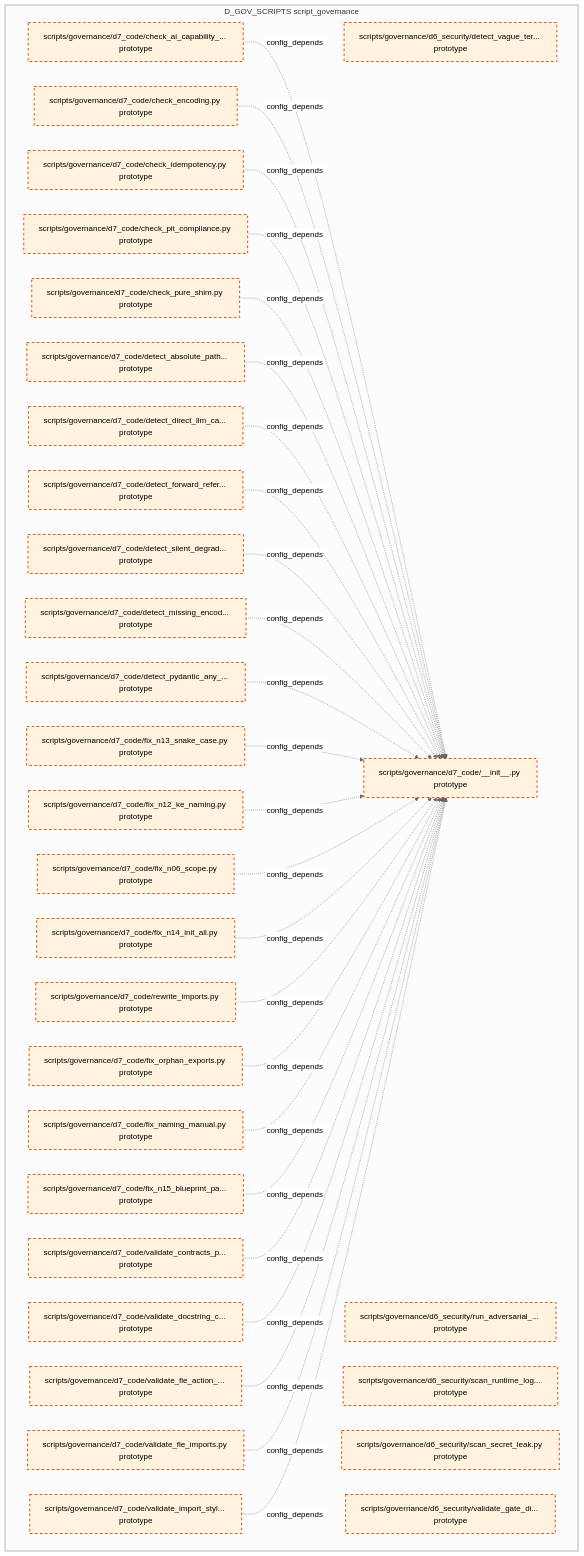
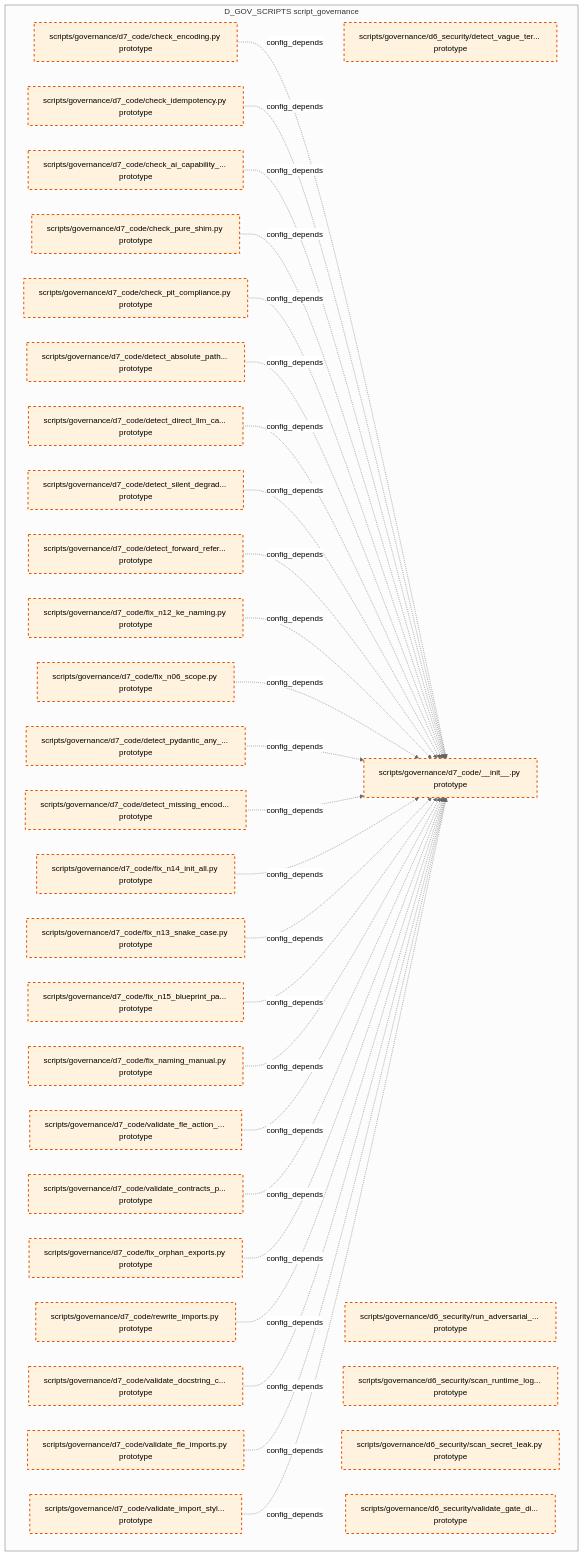
One commit to xuanFelixVan/ZephyrAlpha changed the tenth of 15 diagrams in docs/02_enterprise_architecture/02_domain_architecture_docs/36_d_gov_scripts.md. Above: the diagram before and after it, drawn with Mermaid (neutral theme). The commit also changed other lines of this file and 99 other files, not shown here.

````diff
--- a/docs/02_enterprise_architecture/02_domain_architecture_docs/36_d_gov_scripts.md
+++ b/docs/02_enterprise_architecture/02_domain_architecture_docs/36_d_gov_scripts.md
@@ -695,64 +696,64 @@
 ```mermaid
 graph TD
     subgraph D_GOV_SCRIPTS["D_GOV_SCRIPTS script_governance"]
         scripts_governance_d6_security_detect_vague_terms_py["scripts/governance/d6_security/detect_vague_ter... prototype"]
         scripts_governance_d6_security_run_adversarial_checks_py["scripts/governance/d6_security/run_adversarial_... prototype"]
         scripts_governance_d6_security_scan_runtime_log_secrets_py["scripts/governance/d6_security/scan_runtime_log... prototype"]
         scripts_governance_d6_security_scan_secret_leak_py["scripts/governance/d6_security/scan_secret_leak.py prototype"]
         scripts_governance_d6_security_validate_gate_discipline_py["scripts/governance/d6_security/validate_gate_di... prototype"]
         scripts_governance_d7_code_init_py["scripts/governance/d7_code/__init__.py prototype"]
         scripts_governance_d7_code_check_ai_capability_boundary_py["scripts/governance/d7_code/check_ai_capability_... prototype"]
         scripts_governance_d7_code_check_encoding_py["scripts/governance/d7_code/check_encoding.py prototype"]
         scripts_governance_d7_code_check_idempotency_py["scripts/governance/d7_code/check_idempotency.py prototype"]
         scripts_governance_d7_code_check_pit_compliance_py["scripts/governance/d7_code/check_pit_compliance.py prototype"]
         scripts_governance_d7_code_check_pure_shim_py["scripts/governance/d7_code/check_pure_shim.py prototype"]
         scripts_governance_d7_code_detect_absolute_path_hardcoding_py["scripts/governance/d7_code/detect_absolute_path... prototype"]
         scripts_governance_d7_code_detect_direct_llm_calls_py["scripts/governance/d7_code/detect_direct_llm_ca... prototype"]
         scripts_governance_d7_code_detect_forward_reference_py["scripts/governance/d7_code/detect_forward_refer... prototype"]
         scripts_governance_d7_code_detect_missing_encoding_py["scripts/governance/d7_code/detect_missing_encod... prototype"]
         scripts_governance_d7_code_detect_pydantic_any_fields_py["scripts/governance/d7_code/detect_pydantic_any_... prototype"]
         scripts_governance_d7_code_detect_silent_degradation_py["scripts/governance/d7_code/detect_silent_degrad... prototype"]
         scripts_governance_d7_code_fix_n06_scope_py["scripts/governance/d7_code/fix_n06_scope.py prototype"]
         scripts_governance_d7_code_fix_n12_ke_naming_py["scripts/governance/d7_code/fix_n12_ke_naming.py prototype"]
         scripts_governance_d7_code_fix_n13_snake_case_py["scripts/governance/d7_code/fix_n13_snake_case.py prototype"]
         scripts_governance_d7_code_fix_n14_init_all_py["scripts/governance/d7_code/fix_n14_init_all.py prototype"]
         scripts_governance_d7_code_fix_n15_blueprint_path_py["scripts/governance/d7_code/fix_n15_blueprint_pa... prototype"]
         scripts_governance_d7_code_fix_naming_manual_py["scripts/governance/d7_code/fix_naming_manual.py prototype"]
         scripts_governance_d7_code_fix_orphan_exports_py["scripts/governance/d7_code/fix_orphan_exports.py prototype"]
         scripts_governance_d7_code_rewrite_imports_py["scripts/governance/d7_code/rewrite_imports.py prototype"]
         scripts_governance_d7_code_validate_contracts_purity_py["scripts/governance/d7_code/validate_contracts_p... prototype"]
         scripts_governance_d7_code_validate_docstring_coverage_py["scripts/governance/d7_code/validate_docstring_c... prototype"]
         scripts_governance_d7_code_validate_fle_action_metadata_py["scripts/governance/d7_code/validate_fle_action_... prototype"]
         scripts_governance_d7_code_validate_fle_imports_py["scripts/governance/d7_code/validate_fle_imports.py prototype"]
         scripts_governance_d7_code_validate_import_style_py["scripts/governance/d7_code/validate_import_styl... prototype"]
     end
-    scripts_governance_d7_code_check_ai_capability_boundary_py -.->|config_depends| scripts_governance_d7_code_init_py
     scripts_governance_d7_code_check_encoding_py -.->|config_depends| scripts_governance_d7_code_init_py
     scripts_governance_d7_code_check_idempotency_py -.->|config_depends| scripts_governance_d7_code_init_py
+    scripts_governance_d7_code_check_ai_capability_boundary_py -.->|config_depends| scripts_governance_d7_code_init_py
+    scripts_governance_d7_code_check_pure_shim_py -.->|config_depends| scripts_governance_d7_code_init_py
     scripts_governance_d7_code_check_pit_compliance_py -.->|config_depends| scripts_governance_d7_code_init_py
-    scripts_governance_d7_code_check_pure_shim_py -.->|config_depends| scripts_governance_d7_code_init_py
     scripts_governance_d7_code_detect_absolute_path_hardcoding_py -.->|config_depends| scripts_governance_d7_code_init_py
     scripts_governance_d7_code_detect_direct_llm_calls_py -.->|config_depends| scripts_governance_d7_code_init_py
+    scripts_governance_d7_code_detect_silent_degradation_py -.->|config_depends| scripts_governance_d7_code_init_py
     scripts_governance_d7_code_detect_forward_reference_py -.->|config_depends| scripts_governance_d7_code_init_py
-    scripts_governance_d7_code_detect_silent_degradation_py -.->|config_depends| scripts_governance_d7_code_init_py
-    scripts_governance_d7_code_detect_missing_encoding_py -.->|config_depends| scripts_governance_d7_code_init_py
-    scripts_governance_d7_code_detect_pydantic_any_fields_py -.->|config_depends| scripts_governance_d7_code_init_py
-    scripts_governance_d7_code_fix_n13_snake_case_py -.->|config_depends| scripts_governance_d7_code_init_py
     scripts_governance_d7_code_fix_n12_ke_naming_py -.->|config_depends| scripts_governance_d7_code_init_py
     scripts_governance_d7_code_fix_n06_scope_py -.->|config_depends| scripts_governance_d7_code_init_py
+    scripts_governance_d7_code_detect_pydantic_any_fields_py -.->|config_depends| scripts_governance_d7_code_init_py
+    scripts_governance_d7_code_detect_missing_encoding_py -.->|config_depends| scripts_governance_d7_code_init_py
     scripts_governance_d7_code_fix_n14_init_all_py -.->|config_depends| scripts_governance_d7_code_init_py
+    scripts_governance_d7_code_fix_n13_snake_case_py -.->|config_depends| scripts_governance_d7_code_init_py
+    scripts_governance_d7_code_fix_n15_blueprint_path_py -.->|config_depends| scripts_governance_d7_code_init_py
+    scripts_governance_d7_code_fix_naming_manual_py -.->|config_depends| scripts_governance_d7_code_init_py
+    scripts_governance_d7_code_validate_fle_action_metadata_py -.->|config_depends| scripts_governance_d7_code_init_py
+    scripts_governance_d7_code_validate_contracts_purity_py -.->|config_depends| scripts_governance_d7_code_init_py
+    scripts_governance_d7_code_fix_orphan_exports_py -.->|config_depends| scripts_governance_d7_code_init_py
     scripts_governance_d7_code_rewrite_imports_py -.->|config_depends| scripts_governance_d7_code_init_py
-    scripts_governance_d7_code_fix_orphan_exports_py -.->|config_depends| scripts_governance_d7_code_init_py
-    scripts_governance_d7_code_fix_naming_manual_py -.->|config_depends| scripts_governance_d7_code_init_py
-    scripts_governance_d7_code_fix_n15_blueprint_path_py -.->|config_depends| scripts_governance_d7_code_init_py
-    scripts_governance_d7_code_validate_contracts_purity_py -.->|config_depends| scripts_governance_d7_code_init_py
     scripts_governance_d7_code_validate_docstring_coverage_py -.->|config_depends| scripts_governance_d7_code_init_py
-    scripts_governance_d7_code_validate_fle_action_metadata_py -.->|config_depends| scripts_governance_d7_code_init_py
     scripts_governance_d7_code_validate_fle_imports_py -.->|config_depends| scripts_governance_d7_code_init_py
     scripts_governance_d7_code_validate_import_style_py -.->|config_depends| scripts_governance_d7_code_init_py
     classDef production fill:#e1f5fe,stroke:#01579b,stroke-width:2px,color:#000
     classDef design fill:#fff3e0,stroke:#e65100,stroke-width:2px,color:#000,stroke-dasharray: 5 5
     classDef external_prod fill:#e8f5e9,stroke:#1b5e20,stroke-width:1px,color:#000
     classDef external_design fill:#fce4ec,stroke:#880e4f,stroke-width:1px,color:#000,stroke-dasharray: 5 5
     class scripts_governance_d6_security_detect_vague_terms_py,scripts_governance_d6_security_run_adversarial_checks_py,scripts_governance_d6_security_scan_runtime_log_secrets_py,scripts_governance_d6_security_scan_secret_leak_py,scripts_governance_d6_security_validate_gate_discipline_py,scripts_governance_d7_code_init_py,scripts_governance_d7_code_check_ai_capability_boundary_py,scripts_governance_d7_code_check_encoding_py,scripts_governance_d7_code_check_idempotency_py,scripts_governance_d7_code_check_pit_compliance_py,scripts_governance_d7_code_check_pure_shim_py,scripts_governance_d7_code_detect_absolute_path_hardcoding_py,scripts_governance_d7_code_detect_direct_llm_calls_py,scripts_governance_d7_code_detect_forward_reference_py,scripts_governance_d7_code_detect_missing_encoding_py,scripts_governance_d7_code_detect_pydantic_any_fields_py,scripts_governance_d7_code_detect_silent_degradation_py,scripts_governance_d7_code_fix_n06_scope_py,scripts_governance_d7_code_fix_n12_ke_naming_py,scripts_governance_d7_code_fix_n13_snake_case_py,scripts_governance_d7_code_fix_n14_init_all_py,scripts_governance_d7_code_fix_n15_blueprint_path_py,scripts_governance_d7_code_fix_naming_manual_py,scripts_governance_d7_code_fix_orphan_exports_py,scripts_governance_d7_code_rewrite_imports_py,scripts_governance_d7_code_validate_contracts_purity_py,scripts_governance_d7_code_validate_docstring_coverage_py,scripts_governance_d7_code_validate_fle_action_metadata_py,scripts_governance_d7_code_validate_fle_imports_py,scripts_governance_d7_code_validate_import_style_py design
 ```
````
